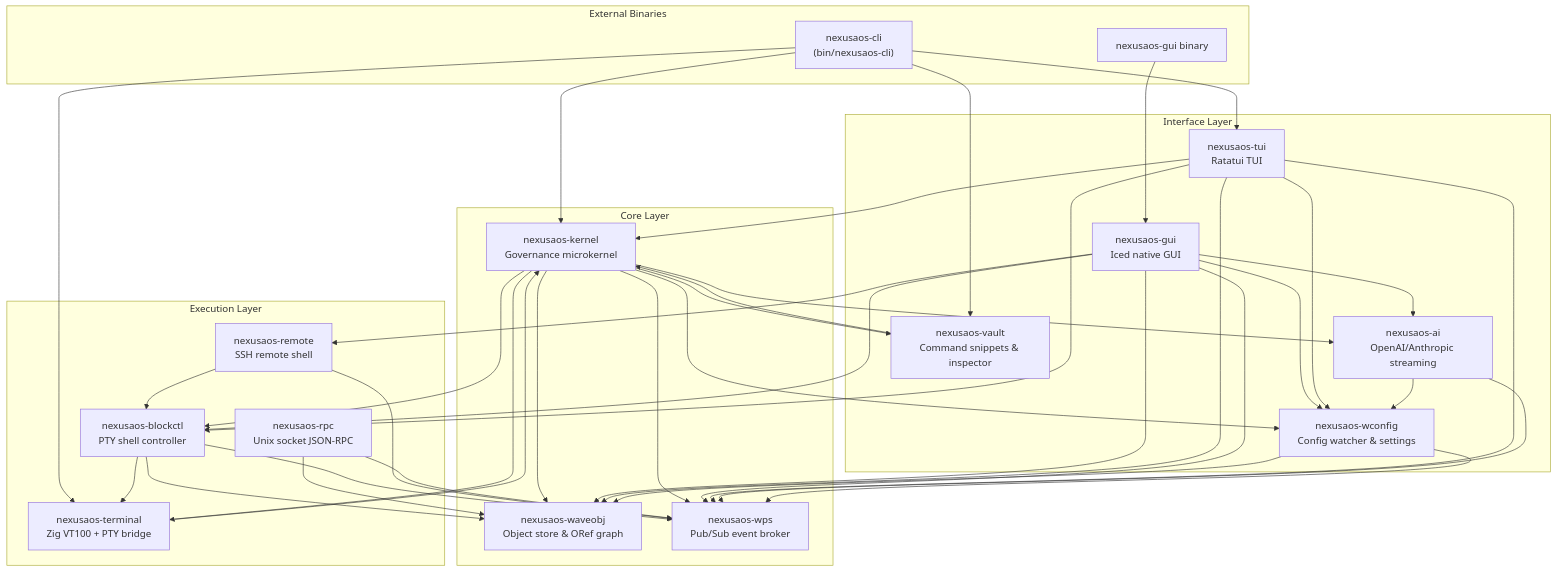
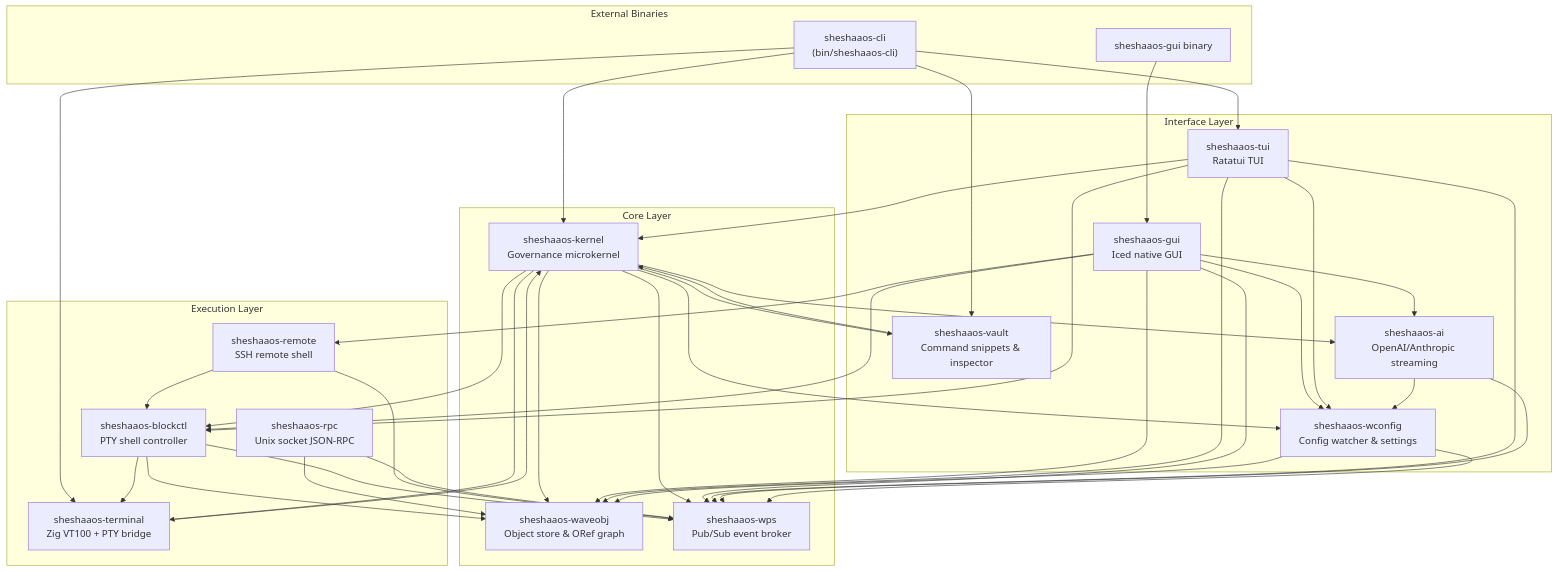
Before and after one commit to gaganjainse/SheshAOS: the first of 10 diagrams in .kilo/plans/architecture.md, drawn with Mermaid. The commit also changed other lines of this file and 214 other files, not shown here.

````diff
--- a/.kilo/plans/architecture.md
+++ b/.kilo/plans/architecture.md
@@ -10,76 +10,76 @@
 ```mermaid
 graph TD
     subgraph "External Binaries"
-        CLI["nexusaos-cli<br/>(bin/nexusaos-cli)"]
-        GUI_BIN["nexusaos-gui binary"]
+        CLI["sheshaaos-cli<br/>(bin/sheshaaos-cli)"]
+        GUI_BIN["sheshaaos-gui binary"]
     end
 
     subgraph "Core Layer"
-        KERNEL["nexusaos-kernel<br/>Governance microkernel"]
-        WAVEOBJ["nexusaos-waveobj<br/>Object store & ORef graph"]
-        WPS["nexusaos-wps<br/>Pub/Sub event broker"]
+        KERNEL["sheshaaos-kernel<br/>Governance microkernel"]
+        WAVEOBJ["sheshaaos-waveobj<br/>Object store & ORef graph"]
+        WPS["sheshaaos-wps<br/>Pub/Sub event broker"]
     end
 
     subgraph "Execution Layer"
-        BLOCKCTL["nexusaos-blockctl<br/>PTY shell controller"]
-        REMOTE["nexusaos-remote<br/>SSH remote shell"]
-        TERMINAL["nexusaos-terminal<br/>Zig VT100 + PTY bridge"]
-        RPC["nexusaos-rpc<br/>Unix socket JSON-RPC"]
+        BLOCKCTL["sheshaaos-blockctl<br/>PTY shell controller"]
+        REMOTE["sheshaaos-remote<br/>SSH remote shell"]
+        TERMINAL["sheshaaos-terminal<br/>Zig VT100 + PTY bridge"]
+        RPC["sheshaaos-rpc<br/>Unix socket JSON-RPC"]
     end
 
     subgraph "Interface Layer"
-        TUI["nexusaos-tui<br/>Ratatui TUI"]
-        GUI["nexusaos-gui<br/>Iced native GUI"]
-        AI["nexusaos-ai<br/>OpenAI/Anthropic streaming"]
-        VAULT["nexusaos-vault<br/>Command snippets & inspector"]
-        WCONFIG["nexusaos-wconfig<br/>Config watcher & settings"]
+        TUI["sheshaaos-tui<br/>Ratatui TUI"]
+        GUI["sheshaaos-gui<br/>Iced native GUI"]
+        AI["sheshaaos-ai<br/>OpenAI/Anthropic streaming"]
+        VAULT["sheshaaos-vault<br/>Command snippets & inspector"]
+        WCONFIG["sheshaaos-wconfig<br/>Config watcher & settings"]
     end
 
     CLI --> KERNEL
     CLI --> VAULT
     CLI --> TUI
     CLI --> TERMINAL
 
     GUI_BIN --> GUI
 
     KERNEL --> WAVEOBJ
     KERNEL --> WPS
     KERNEL --> WCONFIG
     KERNEL --> BLOCKCTL
     KERNEL --> AI
     KERNEL --> VAULT
     KERNEL --> TERMINAL
 
     GUI --> WPS
     GUI --> WAVEOBJ
     GUI --> BLOCKCTL
     GUI --> WCONFIG
     GUI --> AI
     GUI --> REMOTE
 
     TUI --> KERNEL
     TUI --> WAVEOBJ
     TUI --> WPS
     TUI --> BLOCKCTL
     TUI --> WCONFIG
 
     BLOCKCTL --> WAVEOBJ
     BLOCKCTL --> WPS
     BLOCKCTL --> TERMINAL
 
     REMOTE --> WPS
     REMOTE --> BLOCKCTL
 
     RPC --> WPS
     RPC --> WAVEOBJ
 
     AI --> WCONFIG
     AI --> WPS
 
     VAULT --> KERNEL
 
     WCONFIG --> WAVEOBJ
     WCONFIG --> WPS
 
     TERMINAL --> KERNEL
 ```
````
